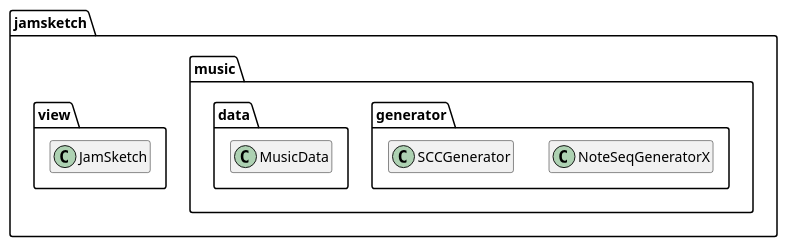
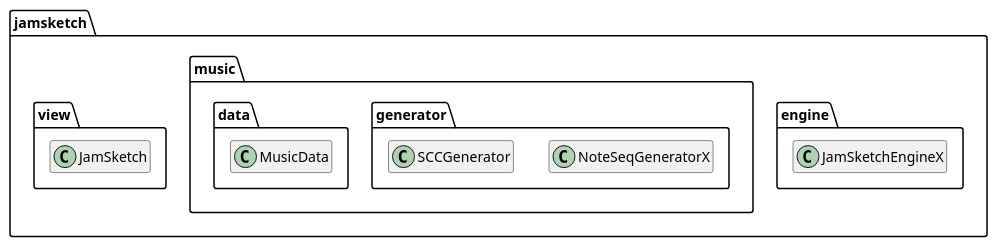
Before and after one commit to kitaharalab/JamSketch: the diagram in diagrams/JamSketch-Class-JamSketchMainClasses.puml, drawn with PlantUML. The commit also changed 1 other file, not shown here.

Commit message:
Update documents and diagrams

```diff
--- a/diagrams/JamSketch-Class-JamSketchMainClasses.puml
+++ b/diagrams/JamSketch-Class-JamSketchMainClasses.puml
@@ -1,20 +1,25 @@
 @startuml
 'https://plantuml.com/class-diagram
 hide empty members
 
 package "jamsketch" {
+    package "engine" {
+'        class JamSketchEngineAbstract
+        class JamSketchEngineX
+'        JamSketchEngineAbstract <|-- JamSketchEngineX
+    }
     package "music" {
         package "generator" {
             class NoteSeqGeneratorX
             class SCCGenerator
         }
         package "data" {
             class MusicData
         }
     }
     package "view" {
         class JamSketch
     }
 }
 
 @enduml
```
